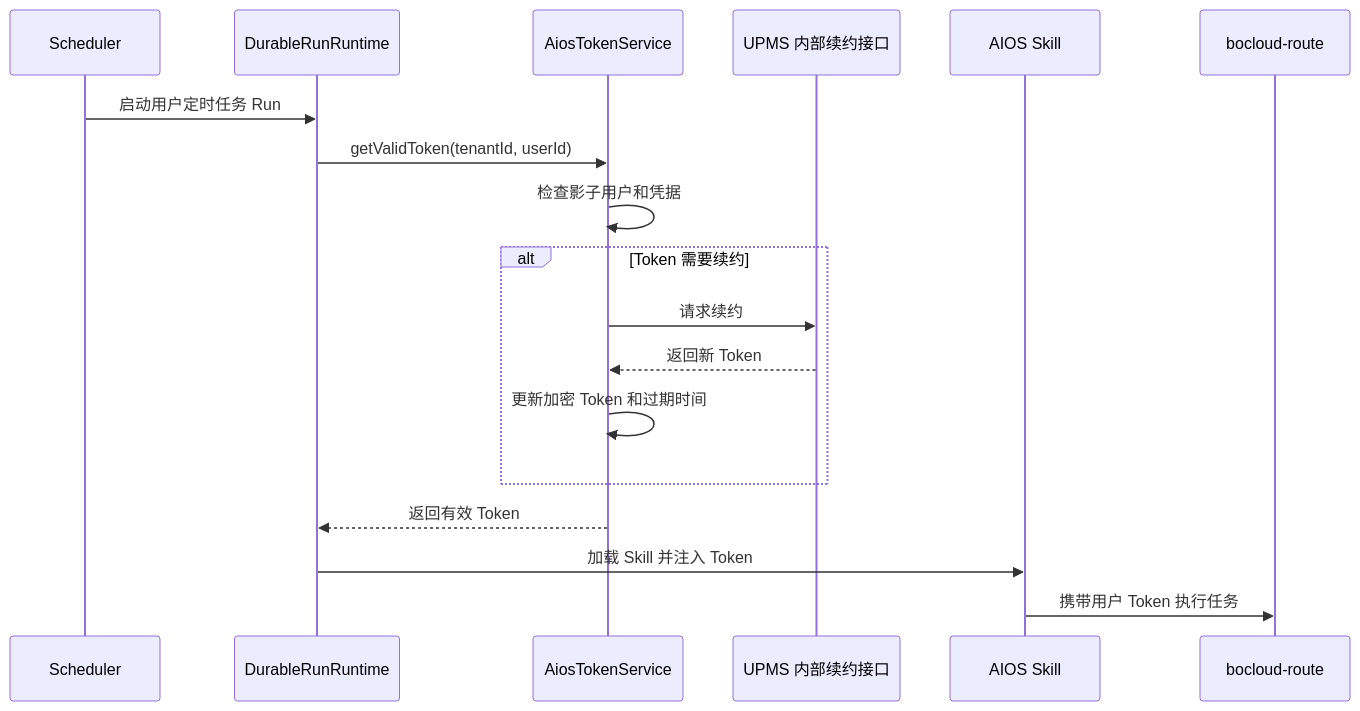
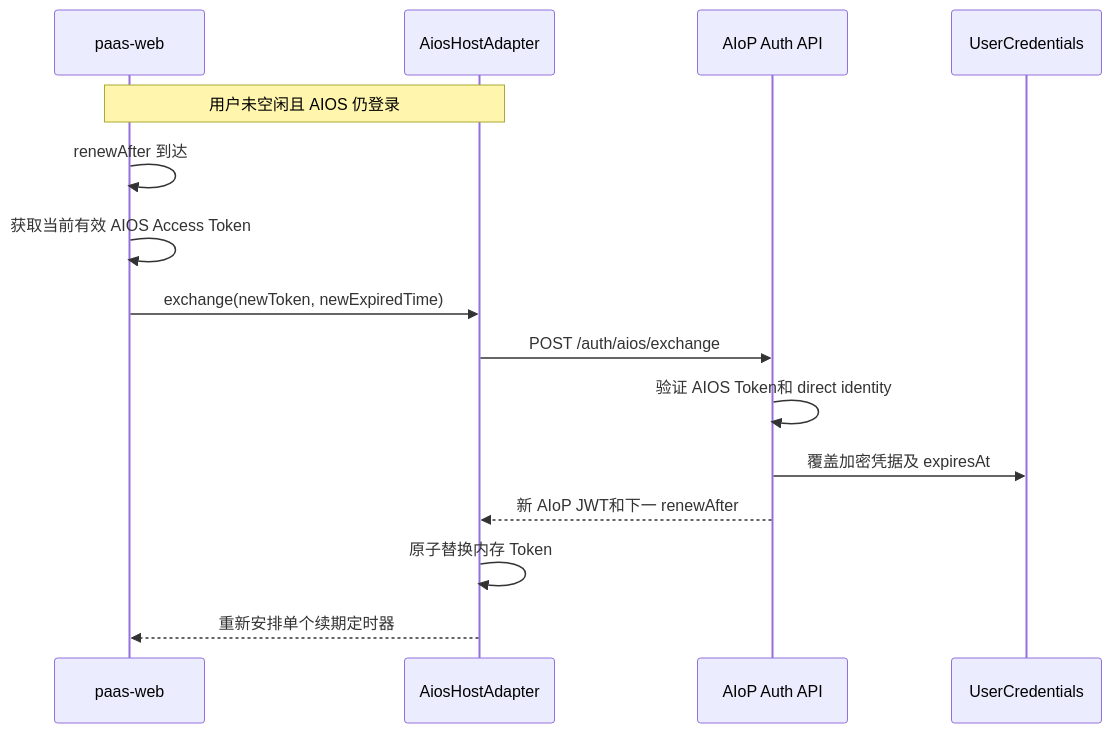
Before and after one commit to Wpxknight/agentdemo: the third of 5 diagrams in docs/design/14-aios-unified-auth.md, drawn with Mermaid. The commit also changed other lines of this file and 1 other file, not shown here.

First line of the commit message:
docs: update authentication and access control designs

````diff
--- a/docs/design/14-aios-unified-auth.md
+++ b/docs/design/14-aios-unified-auth.md
@@ -286,21 +233,18 @@
 ```mermaid
 sequenceDiagram
-  participant S as Scheduler
-  participant R as DurableRunRuntime
-  participant T as AiosTokenService
-  participant P as UPMS 内部续约接口
-  participant K as AIOS Skill
-  participant B as bocloud-route
+  participant P as paas-web
+  participant H as AiosHostAdapter
+  participant A as AIoP Auth API
+  participant C as UserCredentials
 
-  S->>R: 启动用户定时任务 Run
-  R->>T: getValidToken(tenantId, userId)
-  T->>T: 检查影子用户和凭据
-  alt Token 需要续约
-    T->>P: 请求续约
-    P-->>T: 返回新 Token
-    T->>T: 更新加密 Token 和过期时间
-  end
-  T-->>R: 返回有效 Token
-  R->>K: 加载 Skill 并注入 Token
-  K->>B: 携带用户 Token 执行任务
+  Note over P,H: 用户未空闲且 AIOS 仍登录
+  P->>P: renewAfter 到达
+  P->>P: 获取当前有效 AIOS Access Token
+  P->>H: exchange(newToken, newExpiredTime)
+  H->>A: POST /auth/aios/exchange
+  A->>A: 验证 AIOS Token和 direct identity
+  A->>C: 覆盖加密凭据及 expiresAt
+  A-->>H: 新 AIoP JWT和下一 renewAfter
+  H->>H: 原子替换内存 Token
+  H-->>P: 重新安排单个续期定时器
 ```
````
